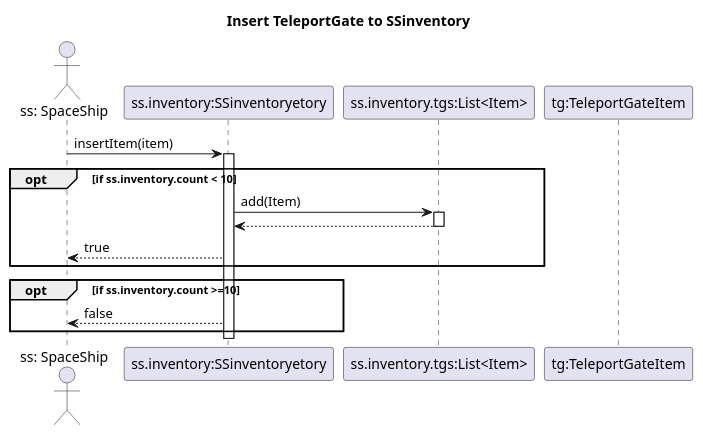
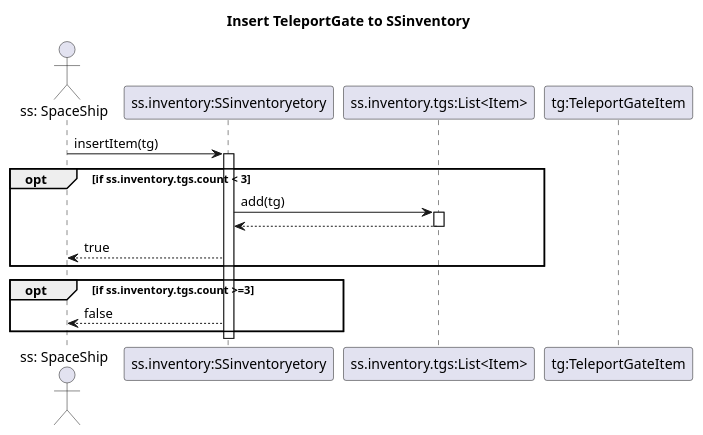
One commit to viseguard-studios/Documentation changed the diagram in docs/bead07/Diagrams/Inventory/InsertTeleportGatetoInventory.puml. Above: the diagram before and after it, drawn with PlantUML.

Commit message:
save Button pushed

```diff
--- a/docs/bead07/Diagrams/Inventory/InsertTeleportGatetoInventory.puml
+++ b/docs/bead07/Diagrams/Inventory/InsertTeleportGatetoInventory.puml
@@ -1,28 +1,28 @@
 @startuml
 
 
 title Insert TeleportGate to SSinventory
 
 actor ss as "ss: SpaceShip"
 
 participant inventory as "ss.inventory:SSinventoryetory"
 participant list as "ss.inventory.tgs:List<Item>"
 participant tg as "tg:TeleportGateItem"
 
-ss -> inventory: insertItem(item)
+ss -> inventory: insertItem(tg)
 activate inventory
 
-opt if ss.inventory.count < 10
-    inventory -> list : add(Item)
+opt if ss.inventory.tgs.count < 3
+    inventory -> list : add(tg)
     activate list
     list --> inventory
     deactivate
     inventory --> ss : true
 
 end
-opt if ss.inventory.count >=10
+opt if ss.inventory.tgs.count >=3
     inventory --> ss : false
 end
 deactivate
 
 @enduml
```
